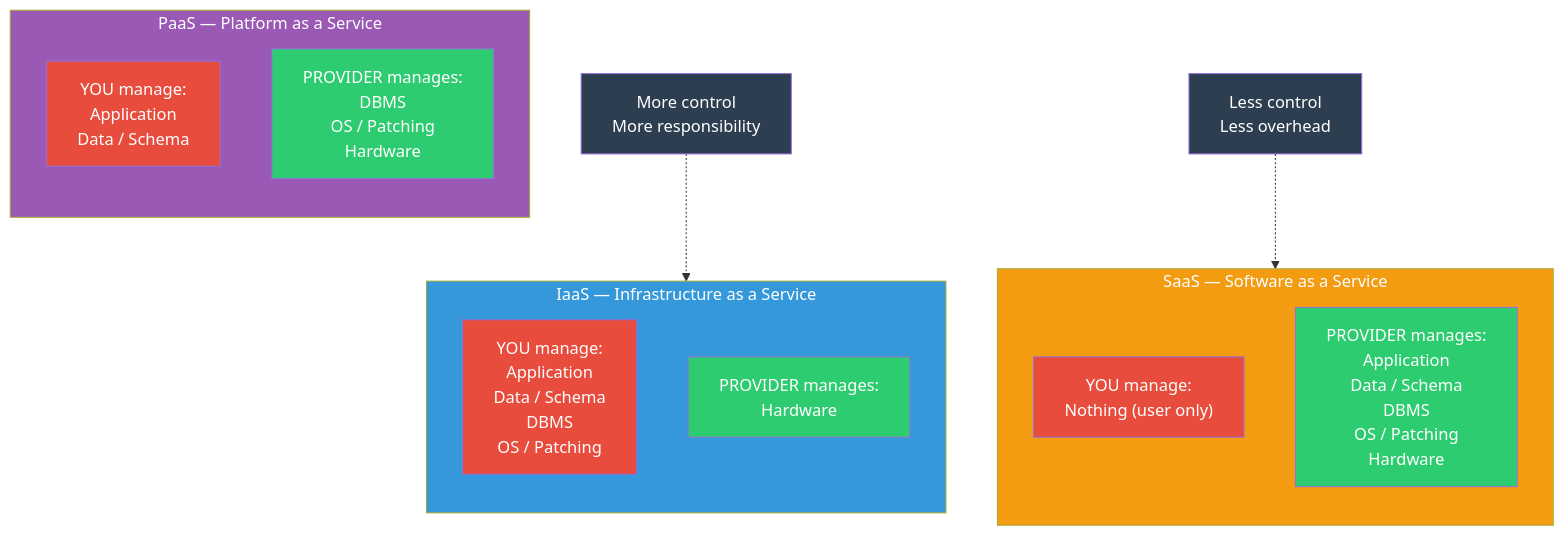
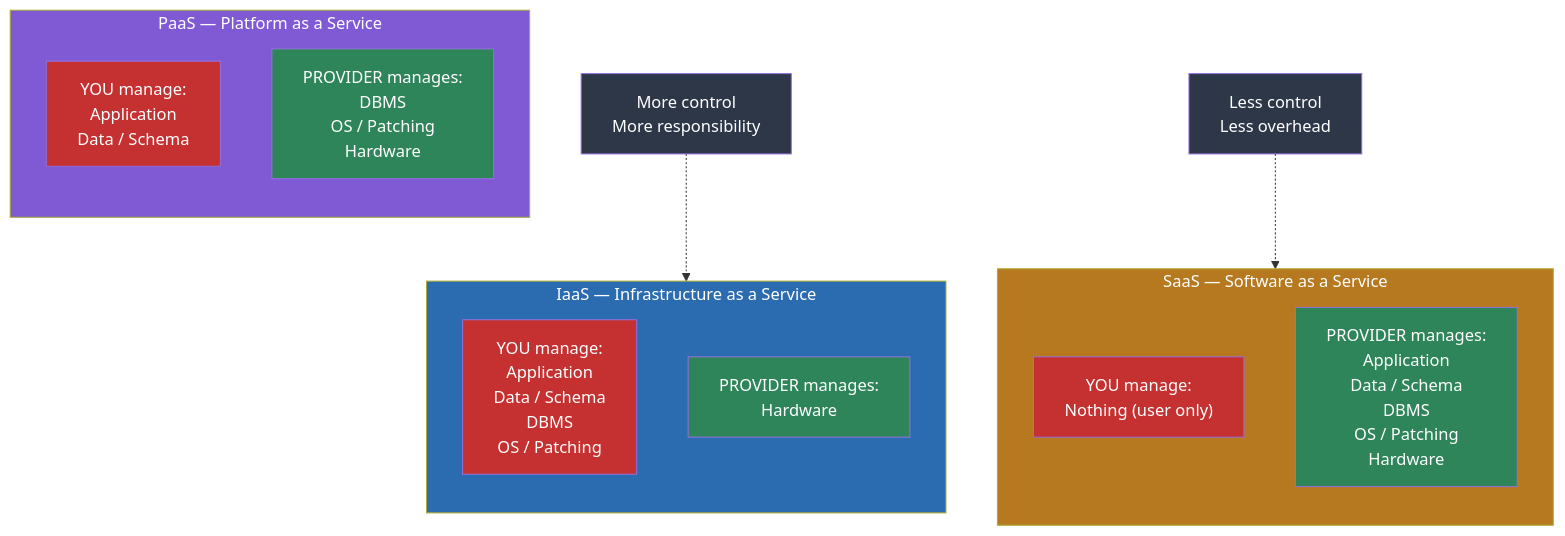
Diagram 12 of 39 in 07-Visual-Study-Diagrams.md (George-API/CompTIA_DataSys_Study_Guide), drawn with Mermaid before and after one commit. The commit also changed other lines of this file, not shown here.

Commit message:
Improvements to visual study mermaid diagrams

````diff
--- a/07-Visual-Study-Diagrams.md
+++ b/07-Visual-Study-Diagrams.md
@@ -262,35 +262,35 @@
 ```mermaid
 flowchart TD
     subgraph IAAS["IaaS — Infrastructure as a Service"]
         direction TB
-        I_YOU["YOU manage:\nApplication\nData / Schema\nDBMS\nOS / Patching"]
-        I_PROV["PROVIDER manages:\nHardware"]
+        I_YOU["YOU manage:<br/>Application<br/>Data / Schema<br/>DBMS<br/>OS / Patching"]
+        I_PROV["PROVIDER manages:<br/>Hardware"]
     end
 
     subgraph PAAS["PaaS — Platform as a Service"]
         direction TB
-        P_YOU["YOU manage:\nApplication\nData / Schema"]
-        P_PROV["PROVIDER manages:\nDBMS\nOS / Patching\nHardware"]
+        P_YOU["YOU manage:<br/>Application<br/>Data / Schema"]
+        P_PROV["PROVIDER manages:<br/>DBMS<br/>OS / Patching<br/>Hardware"]
     end
 
     subgraph SAAS["SaaS — Software as a Service"]
         direction TB
-        S_YOU["YOU manage:\nNothing (user only)"]
-        S_PROV["PROVIDER manages:\nApplication\nData / Schema\nDBMS\nOS / Patching\nHardware"]
+        S_YOU["YOU manage:<br/>Nothing (user only)"]
+        S_PROV["PROVIDER manages:<br/>Application<br/>Data / Schema<br/>DBMS<br/>OS / Patching<br/>Hardware"]
     end
 
-    MORE["More control\nMore responsibility"] -.-> IAAS
-    LESS["Less control\nLess overhead"] -.-> SAAS
+    MORE["More control<br/>More responsibility"] -.-> IAAS
+    LESS["Less control<br/>Less overhead"] -.-> SAAS
 
-    style IAAS fill:#3498db,color:#fff
-    style PAAS fill:#9b59b6,color:#fff
-    style SAAS fill:#f39c12,color:#fff
-    style I_YOU fill:#e74c3c,color:#fff
-    style I_PROV fill:#2ecc71,color:#fff
-    style P_YOU fill:#e74c3c,color:#fff
-    style P_PROV fill:#2ecc71,color:#fff
-    style S_YOU fill:#e74c3c,color:#fff
-    style S_PROV fill:#2ecc71,color:#fff
-    style MORE fill:#2c3e50,color:#fff
-    style LESS fill:#2c3e50,color:#fff
+    style IAAS fill:#2B6CB0,color:#fff
+    style PAAS fill:#805AD5,color:#fff
+    style SAAS fill:#B7791F,color:#fff
+    style I_YOU fill:#C53030,color:#fff
+    style I_PROV fill:#2F855A,color:#fff
+    style P_YOU fill:#C53030,color:#fff
+    style P_PROV fill:#2F855A,color:#fff
+    style S_YOU fill:#C53030,color:#fff
+    style S_PROV fill:#2F855A,color:#fff
+    style MORE fill:#2D3748,color:#fff
+    style LESS fill:#2D3748,color:#fff
 ```
````
